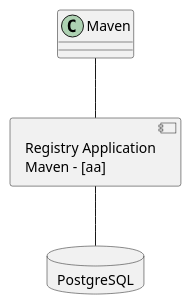
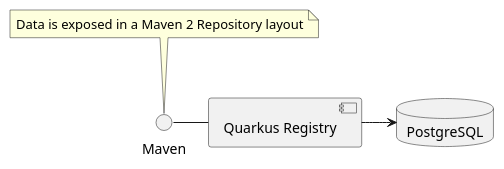
Before and after one commit to quarkusio/registry.quarkus.io: the diagram in docs/app.puml, drawn with PlantUML. The commit also changed 2 other files, not shown here.

Commit message:
Add diagrams documentation

```diff
--- a/docs/app.puml
+++ b/docs/app.puml
@@ -1,16 +1,15 @@
 @startuml
 'https://plantuml.com/deployment-diagram
 
-component app [
-  Registry Application
-  Maven - [aa]
-]
-
+[Quarkus Registry] as app
 
 database db [
   PostgreSQL
 ]
 
-app -- db
-Maven -- app
+() Maven - app
+app -> db
+
+note top of Maven: Data is exposed in a Maven 2 Repository layout
+
 @enduml
```
